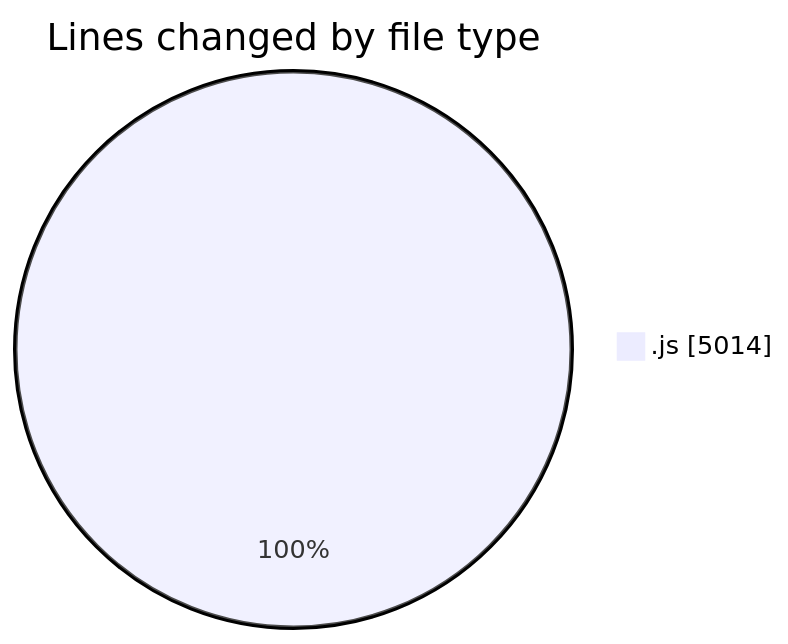
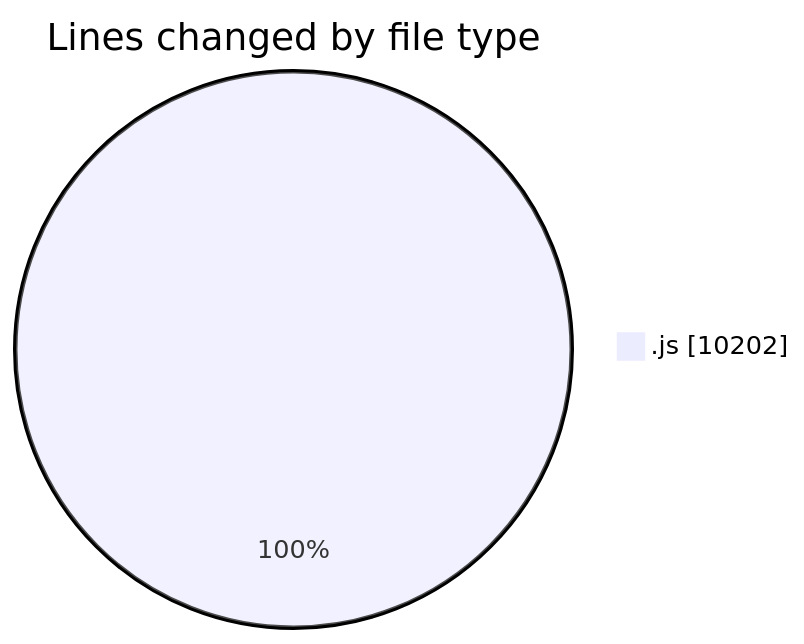
The first of 2 diagrams in 2025-12-09/nxtqube_webapp/README.md (nxtqubesakshisongat/code-tracking), drawn with Mermaid before and after one commit. The commit also changed other lines of this file and 1 other file, not shown here.

````diff
--- a/2025-12-09/nxtqube_webapp/README.md
+++ b/2025-12-09/nxtqube_webapp/README.md
@@ -20,5 +20,5 @@
 ```mermaid
 pie showData
 title Lines changed by file type
-".js" : 5014
+".js" : 10202
 ```
````
